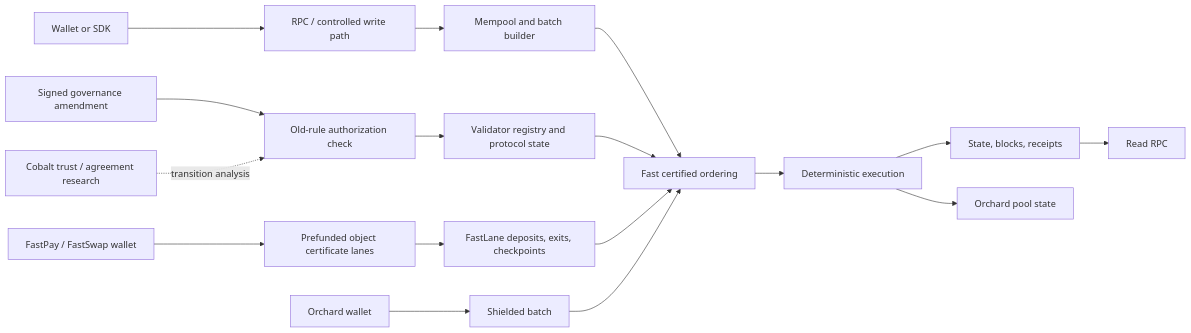
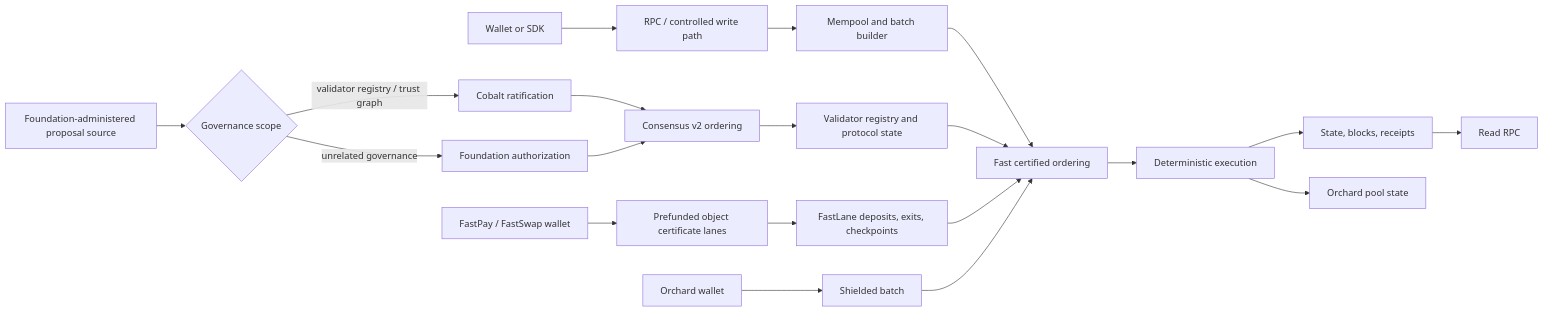
Before and after one commit to postfiatorg/postfiatl1v2: the first of 2 diagrams in docs/architecture/overview.md, drawn with Mermaid. The commit also changed other lines of this file and 19 other files, not shown here.

Commit message:
docs: reconcile Cobalt runtime and source state

````diff
--- a/docs/architecture/overview.md
+++ b/docs/architecture/overview.md
@@ -12,22 +14,25 @@
 ```mermaid
 flowchart LR
   Wallet[Wallet or SDK] --> RPC[RPC / controlled write path]
   RPC --> Mempool[Mempool and batch builder]
   Mempool --> Ordering[Fast certified ordering]
   Ordering --> Execution[Deterministic execution]
   Execution --> Storage[State, blocks, receipts]
   Storage --> ReadRPC[Read RPC]
 
-  GovInput[Signed governance amendment] --> OldRule[Old-rule authorization check]
-  OldRule --> Registry[Validator registry and protocol state]
+  Proposal[Foundation-administered proposal source] --> Scope{Governance scope}
+  Scope -->|validator registry / trust graph| Cobalt[Cobalt ratification]
+  Scope -->|unrelated governance| Foundation[Foundation authorization]
+  Cobalt --> GovOrdering[Consensus v2 ordering]
+  Foundation --> GovOrdering
+  GovOrdering --> Registry[Validator registry and protocol state]
   Registry --> Ordering
-  Cobalt[Cobalt trust / agreement research] -. transition analysis .-> OldRule
 
   FastWallet[FastPay / FastSwap wallet] --> ObjectLane[Prefunded object certificate lanes]
   ObjectLane --> Primary[FastLane deposits, exits, checkpoints]
   Primary --> Ordering
 
   PrivacyWallet[Orchard wallet] --> PrivacyBatch[Shielded batch]
   PrivacyBatch --> Ordering
   Execution --> OrchardPool[Orchard pool state]
 ```
````
